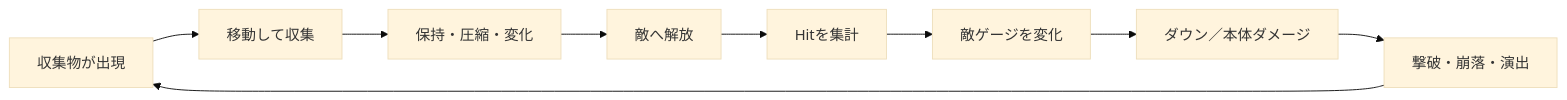
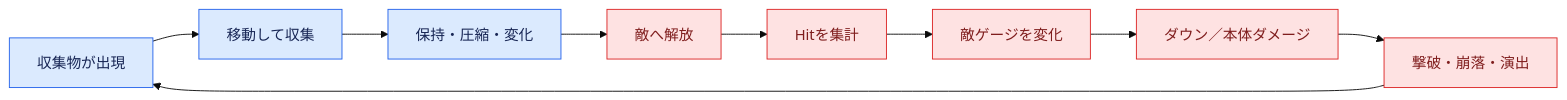
Before and after one commit to aptmara/CreatorKousien: the second of 7 diagrams in README.md, drawn with Mermaid (base theme). The commit also changed other lines of this file, not shown here.

````diff
--- a/README.md
+++ b/README.md
@@ -104,11 +151,16 @@
 ```mermaid
 flowchart LR
     Spawn["収集物が出現"] --> Collect["移動して収集"]
     Collect --> Hold["保持・圧縮・変化"]
     Hold --> Release["敵へ解放"]
     Release --> Hit["Hitを集計"]
     Hit --> Gauge["敵ゲージを変化"]
     Gauge --> Down["ダウン／本体ダメージ"]
     Down --> Chain["撃破・崩落・演出"]
     Chain --> Spawn
+
+    classDef action fill:#dbeafe,stroke:#2563eb,color:#172554
+    classDef impact fill:#fee2e2,stroke:#dc2626,color:#7f1d1d
+    class Spawn,Collect,Hold action
+    class Release,Hit,Gauge,Down,Chain impact
 ```
````
